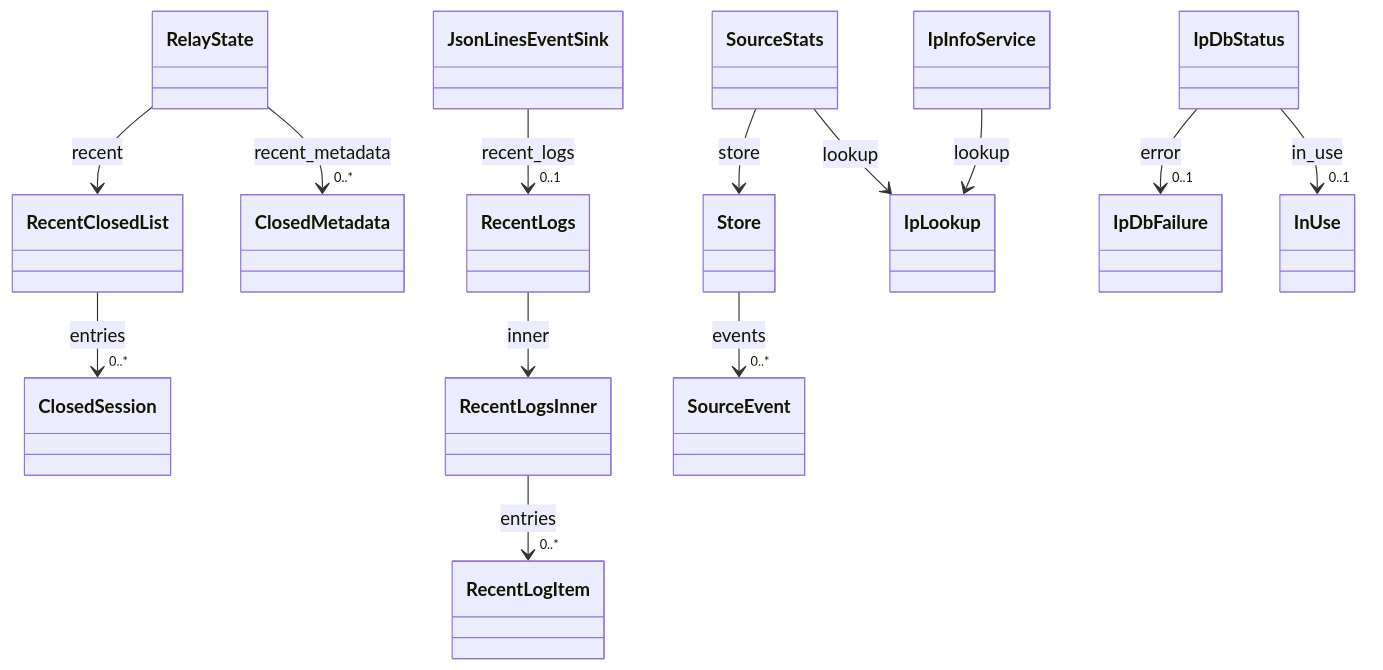
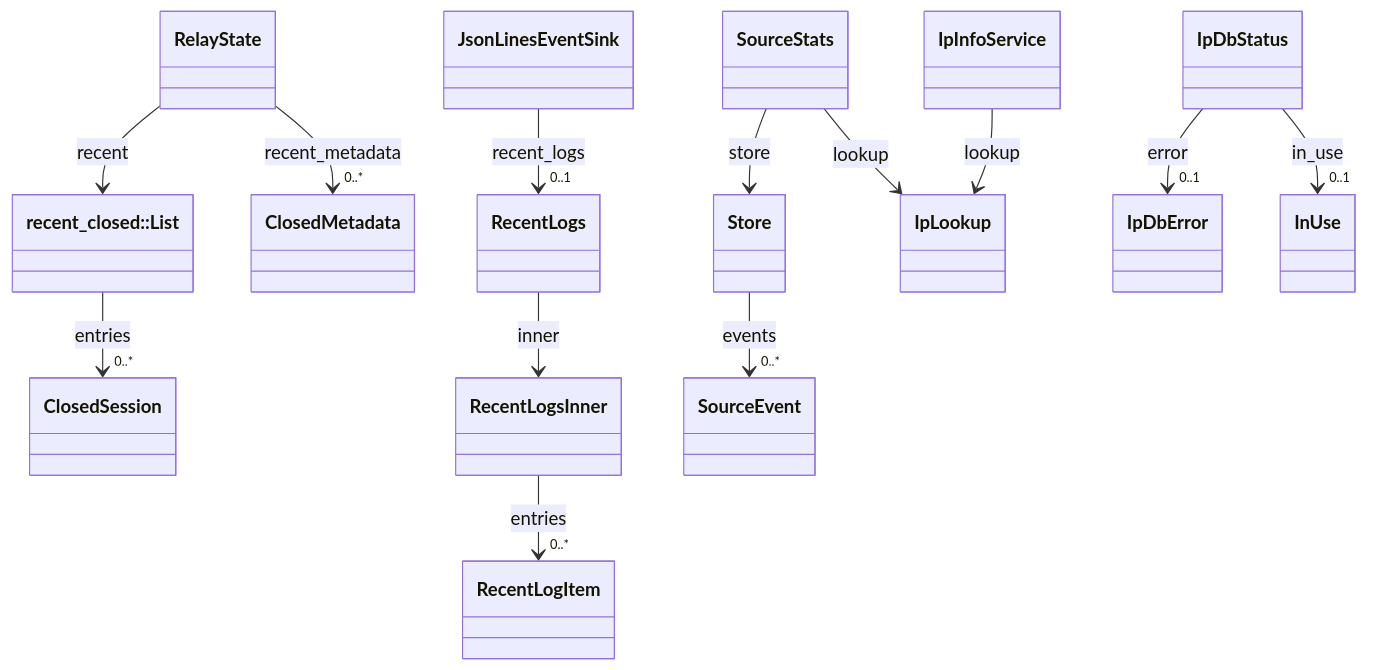
The fourth of 6 diagrams in docs/architectures/domain-model.md (kayden-kim/vnc-relay), drawn with Mermaid before and after one commit. The commit also changed other lines of this file and 203 other files, not shown here.

````diff
--- a/docs/architectures/domain-model.md
+++ b/docs/architectures/domain-model.md
@@ -169,29 +169,29 @@
 ```mermaid
 classDiagram
     class RelayState
-    class RecentClosedList
+    class `recent_closed::List`
     class ClosedSession
     class ClosedMetadata
     class JsonLinesEventSink
     class RecentLogs
     class RecentLogsInner
     class RecentLogItem
     class SourceStats
     class Store
     class SourceEvent
     class IpLookup
     class IpInfoService
     class IpDbStatus
-    RelayState --> RecentClosedList : recent
+    RelayState --> `recent_closed::List` : recent
     RelayState --> "0..*" ClosedMetadata : recent_metadata
-    RecentClosedList --> "0..*" ClosedSession : entries
+    `recent_closed::List` --> "0..*" ClosedSession : entries
     JsonLinesEventSink --> "0..1" RecentLogs : recent_logs
     RecentLogs --> RecentLogsInner : inner
     RecentLogsInner --> "0..*" RecentLogItem : entries
     SourceStats --> Store : store
     SourceStats --> IpLookup : lookup
     Store --> "0..*" SourceEvent : events
     IpInfoService --> IpLookup : lookup
-    IpDbStatus --> "0..1" IpDbFailure : error
+    IpDbStatus --> "0..1" IpDbError : error
     IpDbStatus --> "0..1" InUse : in_use
 ```
````
